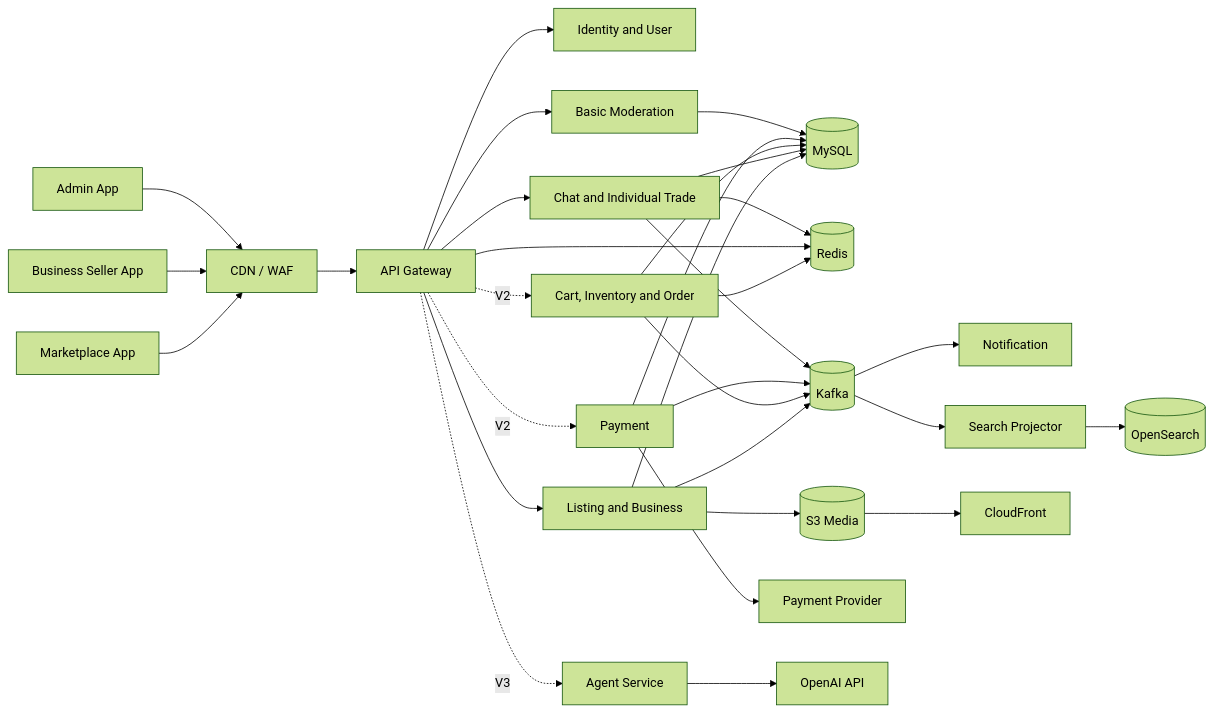
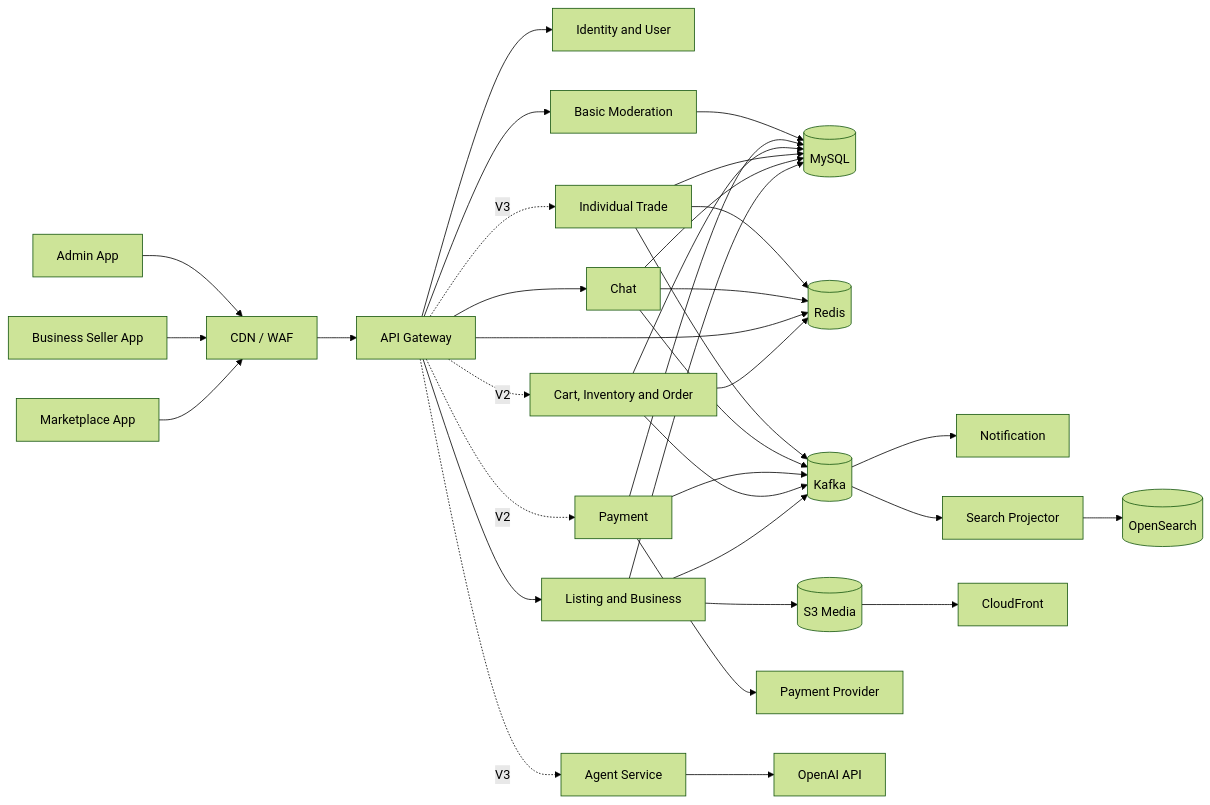
One commit to tiancaiq/JianShang-e-commerce changed the first of 3 diagrams in docs/mvp/architecture.md. Above: the diagram before and after it, drawn with Mermaid (forest theme). The commit also changed other lines of this file and 196 other files, not shown here.

````diff
--- a/docs/mvp/architecture.md
+++ b/docs/mvp/architecture.md
@@ -158,38 +158,42 @@
 ```mermaid
 flowchart LR
     Market["Marketplace App"] --> Edge["CDN / WAF"]
     Seller["Business Seller App"] --> Edge
     Admin["Admin App"] --> Edge
     Edge --> Gateway["API Gateway"]
 
     Gateway --> Identity["Identity and User"]
     Gateway --> Listing["Listing and Business"]
-    Gateway --> Trade["Chat and Individual Trade"]
+    Gateway --> Chat["Chat"]
+    Gateway -. V3 .-> Trade["Individual Trade"]
     Gateway -. V2 .-> Commerce["Cart, Inventory and Order"]
     Gateway -. V2 .-> Payment["Payment"]
     Gateway --> Review["Basic Moderation"]
     Gateway -. V3 .-> Agent["Agent Service"]
 
     Listing --> MySQL[("MySQL")]
+    Chat --> MySQL
     Trade --> MySQL
     Commerce --> MySQL
     Payment --> MySQL
     Review --> MySQL
 
     Commerce --> Redis[("Redis")]
     Gateway --> Redis
+    Chat --> Redis
     Trade --> Redis
 
     Listing --> Kafka[("Kafka")]
     Commerce --> Kafka
     Payment --> Kafka
+    Chat --> Kafka
     Trade --> Kafka
     Kafka --> Notification["Notification"]
     Kafka --> Search["Search Projector"]
     Search --> OpenSearch[("OpenSearch")]
 
     Listing --> S3[("S3 Media")]
     S3 --> CDN["CloudFront"]
     Payment --> Provider["Payment Provider"]
     Agent --> OpenAI["OpenAI API"]
 ```
````
